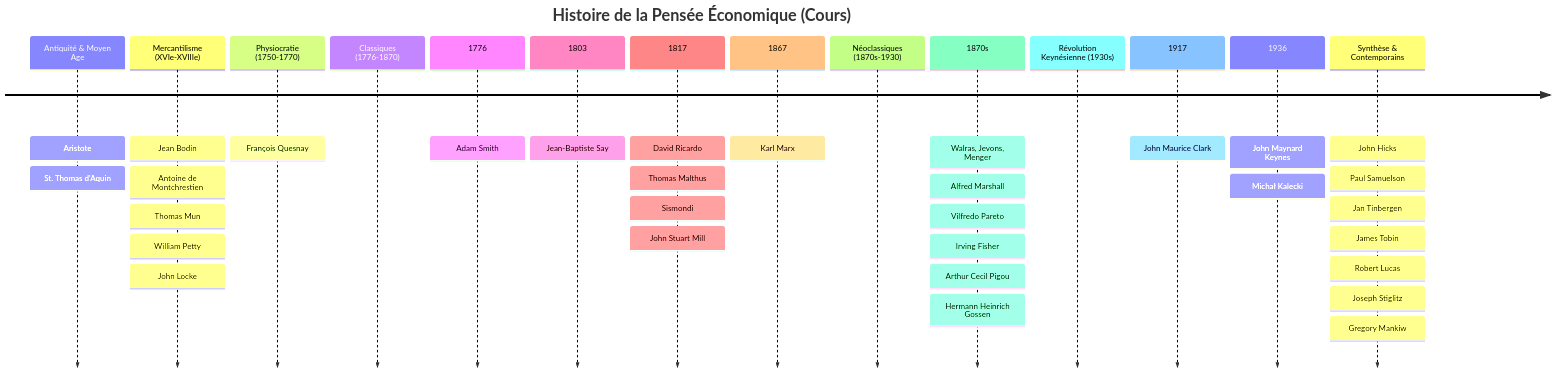
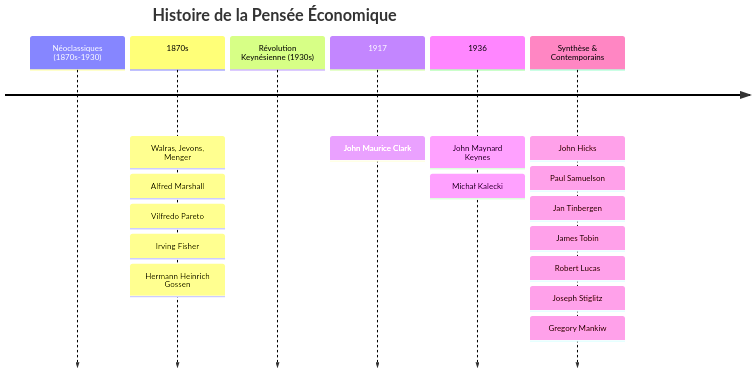
One commit to fiches-me/cpes changed the second of 2 diagrams in eco/index.md. Above: the diagram before and after it, drawn with Mermaid.

Commit message:
🐛 Fix timelapse

````diff
--- a/eco/index.md
+++ b/eco/index.md
@@ -71,42 +91,22 @@
 ```mermaid
 timeline
-    title Histoire de la Pensée Économique (Cours)
-    Antiquité & Moyen Age
-        : Aristote
-        : St. Thomas d'Aquin
-    Mercantilisme (XVIe-XVIIIe)
-        : Jean Bodin
-        : Antoine de Montchrestien
-        : Thomas Mun
-        : William Petty
-        : John Locke
-    Physiocratie (1750-1770)
-        : François Quesnay
-    Classiques (1776-1870)
-        1776 : Adam Smith
-        1803 : Jean-Baptiste Say
-        1817 : David Ricardo
-        : Thomas Malthus
-        : Sismondi
-        : John Stuart Mill
-        1867 : Karl Marx
+    title Histoire de la Pensée Économique
     Néoclassiques (1870s-1930)
         1870s : Walras, Jevons, Menger
         : Alfred Marshall
         : Vilfredo Pareto
         : Irving Fisher
-        : Arthur Cecil Pigou
         : Hermann Heinrich Gossen
     Révolution Keynésienne (1930s)
         1917 : John Maurice Clark
         1936 : John Maynard Keynes
         : Michał Kalecki
     Synthèse & Contemporains
         : John Hicks
         : Paul Samuelson
         : Jan Tinbergen
         : James Tobin
         : Robert Lucas
         : Joseph Stiglitz
         : Gregory Mankiw
 ```
````
